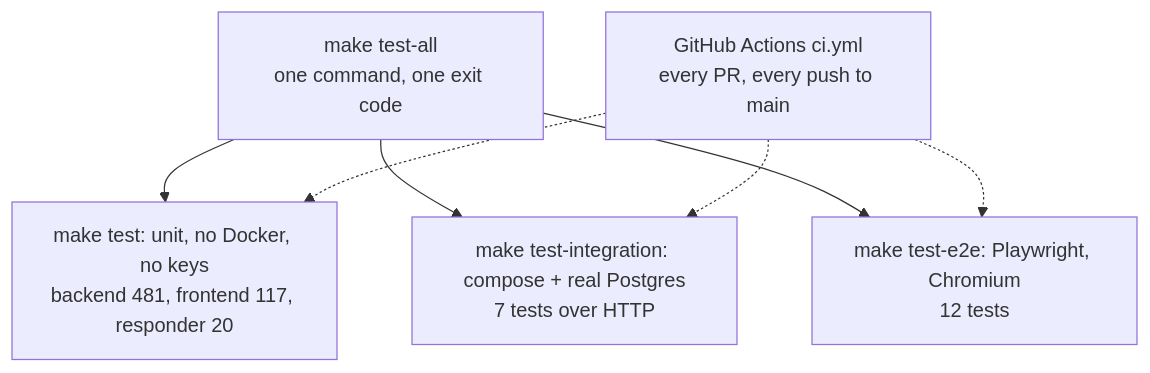
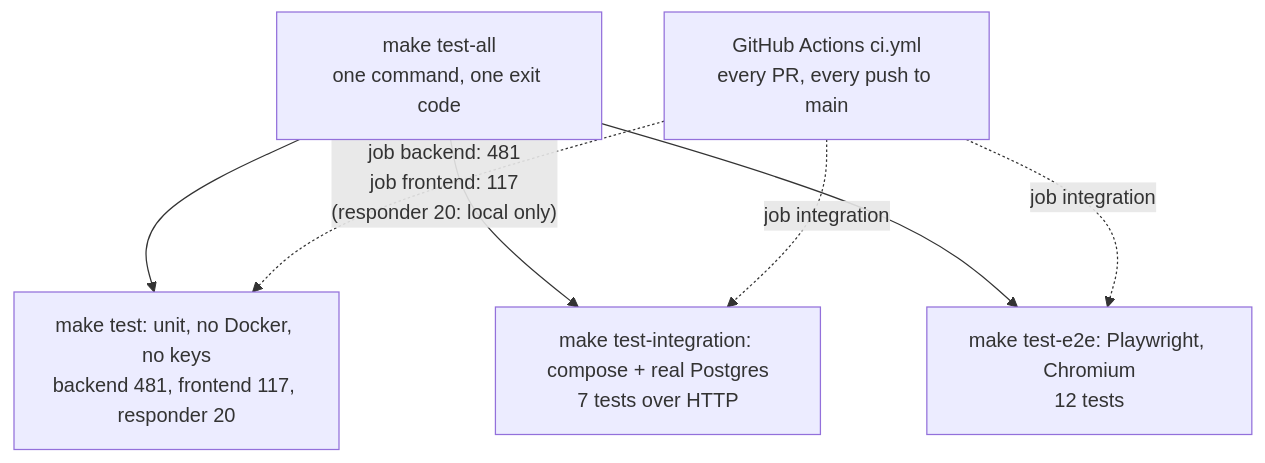
The sixth of 11 diagrams in docs/reviewer-guide.md (alexisdacquay/sail-event), drawn with Mermaid before and after one commit. The commit also changed other lines of this file and 4 other files, not shown here.

````diff
--- a/docs/reviewer-guide.md
+++ b/docs/reviewer-guide.md
@@ -422,10 +439,10 @@
 ```mermaid
 flowchart TB
   ALL["make test-all<br/>one command, one exit code"]
   ALL --> U["make test: unit, no Docker, no keys<br/>backend 481, frontend 117, responder 20"]
   ALL --> I["make test-integration: compose + real Postgres<br/>7 tests over HTTP"]
   ALL --> E["make test-e2e: Playwright, Chromium<br/>12 tests"]
-  CI["GitHub Actions ci.yml<br/>every PR, every push to main"] -.-> U
-  CI -.-> I
-  CI -.-> E
+  CI["GitHub Actions ci.yml<br/>every PR, every push to main"] -.->|"job backend: 481<br/>job frontend: 117<br/>(responder 20: local only)"| U
+  CI -.->|"job integration"| I
+  CI -.->|"job integration"| E
 ```
````
